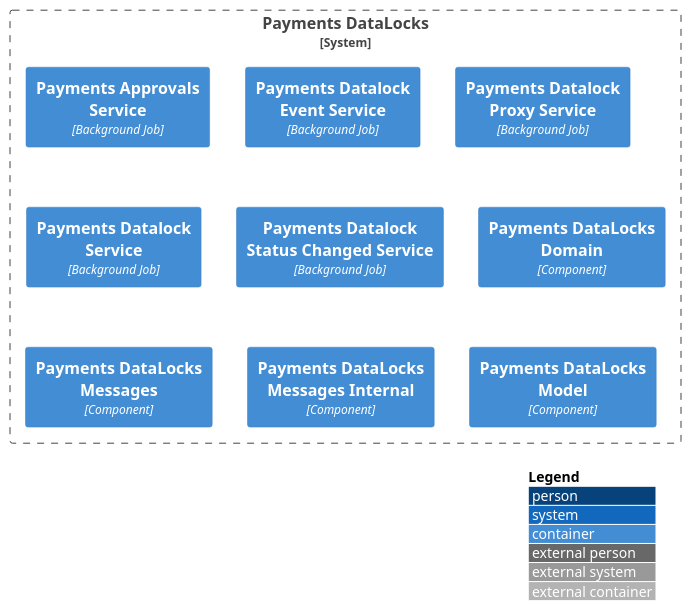
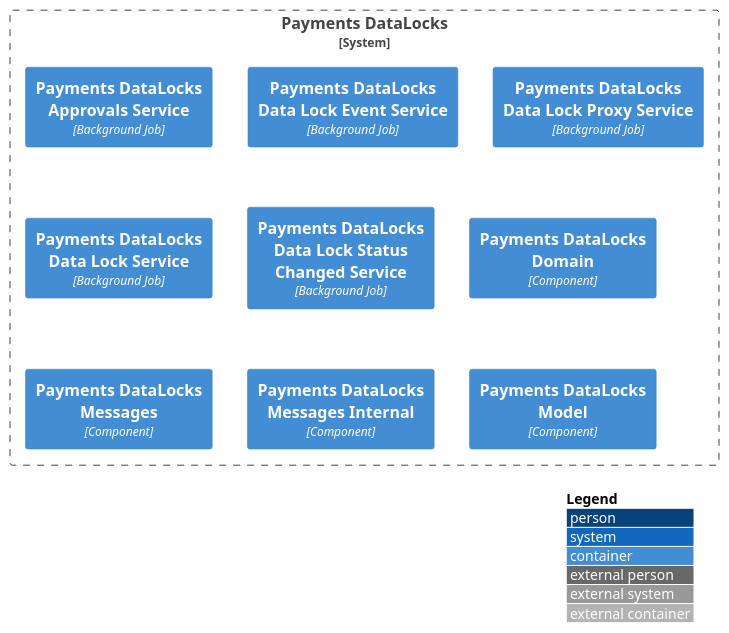
One commit to talentconsulting/service-catalogue-data changed the diagram in das-payments-v2-datalocks/service-dependencies/service-dependencies.puml. Above: the diagram before and after it, drawn with PlantUML. The commit also changed 2 other files, not shown here.

Commit message:
Update generated service dependency catalogs (#179)

```diff
--- a/das-payments-v2-datalocks/service-dependencies/service-dependencies.puml
+++ b/das-payments-v2-datalocks/service-dependencies/service-dependencies.puml
@@ -1,17 +1,17 @@
 @startuml
 !include https://raw.githubusercontent.com/plantuml-stdlib/C4-PlantUML/master/C4_Container.puml
 LAYOUT_WITH_LEGEND()
 
 System_Boundary(sys_SkillsFundingAgency_das_payments_v2_datalocks, "Payments DataLocks") {
-  Container(c_payments_approvals_service, "Payments Approvals Service", "Background Job")
-  Container(c_payments_datalock_event_service, "Payments Datalock Event Service", "Background Job")
-  Container(c_payments_datalock_proxy_service, "Payments Datalock Proxy Service", "Background Job")
-  Container(c_payments_datalock_service, "Payments Datalock Service", "Background Job")
-  Container(c_payments_datalock_status_changed_service, "Payments Datalock Status Changed Service", "Background Job")
+  Container(c_payments_datalocks_approvals_service, "Payments DataLocks Approvals Service", "Background Job")
+  Container(c_payments_datalocks_data_lock_event_service, "Payments DataLocks Data Lock Event Service", "Background Job")
+  Container(c_payments_datalocks_data_lock_proxy_service, "Payments DataLocks Data Lock Proxy Service", "Background Job")
+  Container(c_payments_datalocks_data_lock_service, "Payments DataLocks Data Lock Service", "Background Job")
+  Container(c_payments_datalocks_data_lock_status_changed_service, "Payments DataLocks Data Lock Status Changed Service", "Background Job")
   Container(c_payments_datalocks_domain, "Payments DataLocks Domain", "Component")
   Container(c_payments_datalocks_messages, "Payments DataLocks Messages", "Component")
   Container(c_payments_datalocks_messages_internal, "Payments DataLocks Messages Internal", "Component")
   Container(c_payments_datalocks_model, "Payments DataLocks Model", "Component")
 }
 
 @enduml
```
